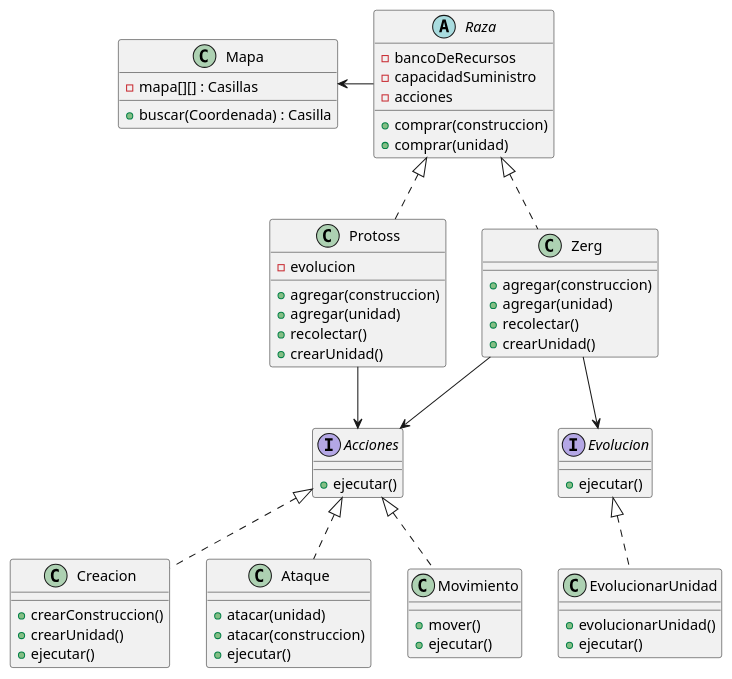
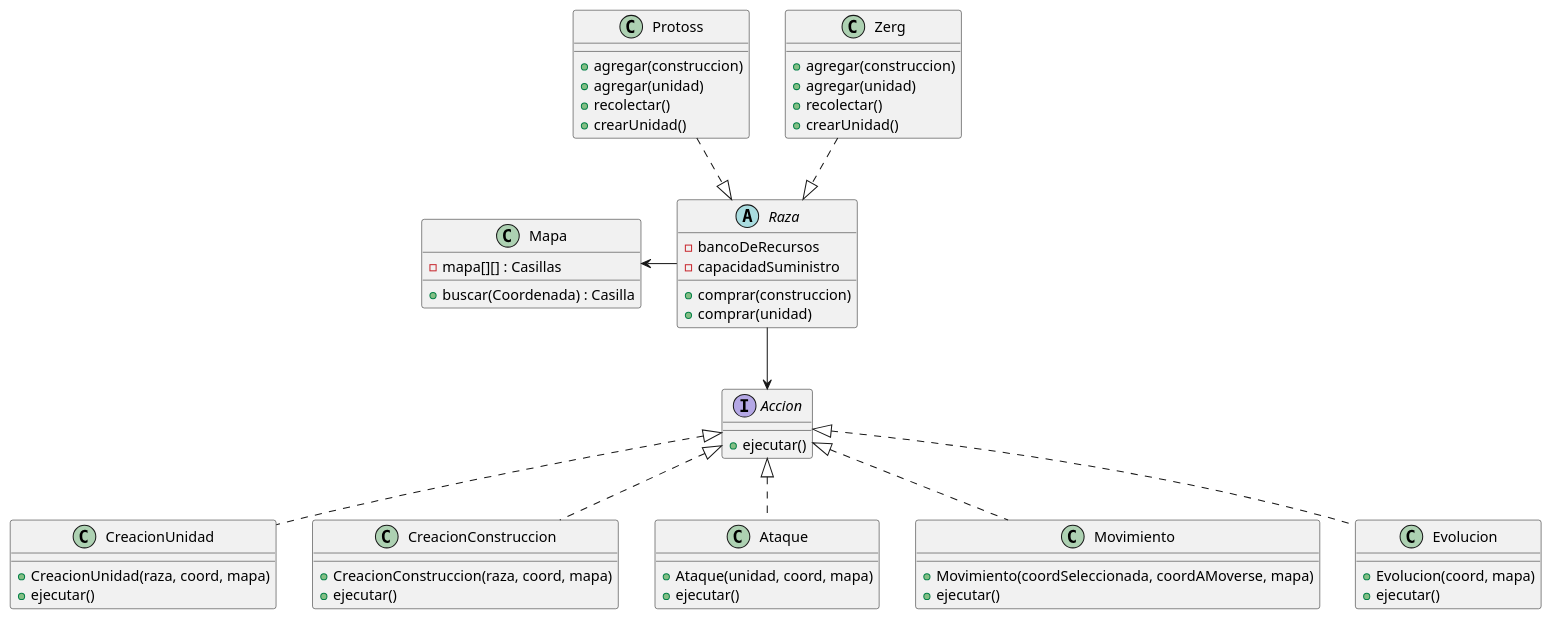
One commit to GiaWong/Algo3_TP2_2C2022 changed the diagram in diagrams/classes/Modelo3/ModeloAcciones.puml. Above: the diagram before and after it, drawn with PlantUML. The commit also changed 19 other files, not shown here.

```diff
--- a/diagrams/classes/Modelo3/ModeloAcciones.puml
+++ b/diagrams/classes/Modelo3/ModeloAcciones.puml
@@ -1,81 +1,77 @@
 @startuml
 'https://plantuml.com/class-diagram
 
 
 abstract class Raza {
     - bancoDeRecursos
     - capacidadSuministro
-    - acciones
 
     + comprar(construccion)
     + comprar(unidad)
 }
 
 class Zerg {
     + agregar(construccion)
     + agregar(unidad)
     + recolectar()
     + crearUnidad()
 }
 
 class Protoss {
-    - evolucion
     + agregar(construccion)
     + agregar(unidad)
     + recolectar()
     + crearUnidad()
 }
 
-interface Acciones {
+interface Accion {
     +ejecutar()
 }
 
-class Creacion {
-    + crearConstruccion()
-    + crearUnidad()
+class CreacionUnidad {
+    + CreacionUnidad(raza, coord, mapa)
+    + ejecutar()
+}
+
+class CreacionConstruccion {
+    + CreacionConstruccion(raza, coord, mapa)
     + ejecutar()
 }
 
 class Ataque {
-    + atacar(unidad)
-    + atacar(construccion)
+    + Ataque(unidad, coord, mapa)
     + ejecutar()
 }
 
 class Movimiento {
-    + mover()
+    + Movimiento(coordSeleccionada, coordAMoverse, mapa)
     + ejecutar()
 }
 
-class EvolucionarUnidad {
-    + evolucionarUnidad()
+class Evolucion {
+    + Evolucion(coord, mapa)
     + ejecutar()
 }
 
 class Mapa {
     - mapa[][] : Casillas
 
     + buscar(Coordenada) : Casilla
 }
 
-interface Evolucion {
-    + ejecutar()
-}
+Raza <|.up. Zerg
+Raza <|.up. Protoss
 
 Mapa <- Raza
-Raza <|.. Zerg
-Raza <|.. Protoss
+Raza --> Accion
+Accion <|.. CreacionUnidad
+Accion <|.. CreacionConstruccion
+Accion <|.. Ataque
+Accion <|.. Movimiento
+Accion <|.. Evolucion
 
-Zerg --> Acciones
-Protoss --> Acciones
-Acciones <|.. Creacion
-Acciones <|.. Ataque
-Acciones <|.. Movimiento
-
-Zerg --> Evolucion
-Evolucion <|.. EvolucionarUnidad
 
 
 
 
 @enduml
```
